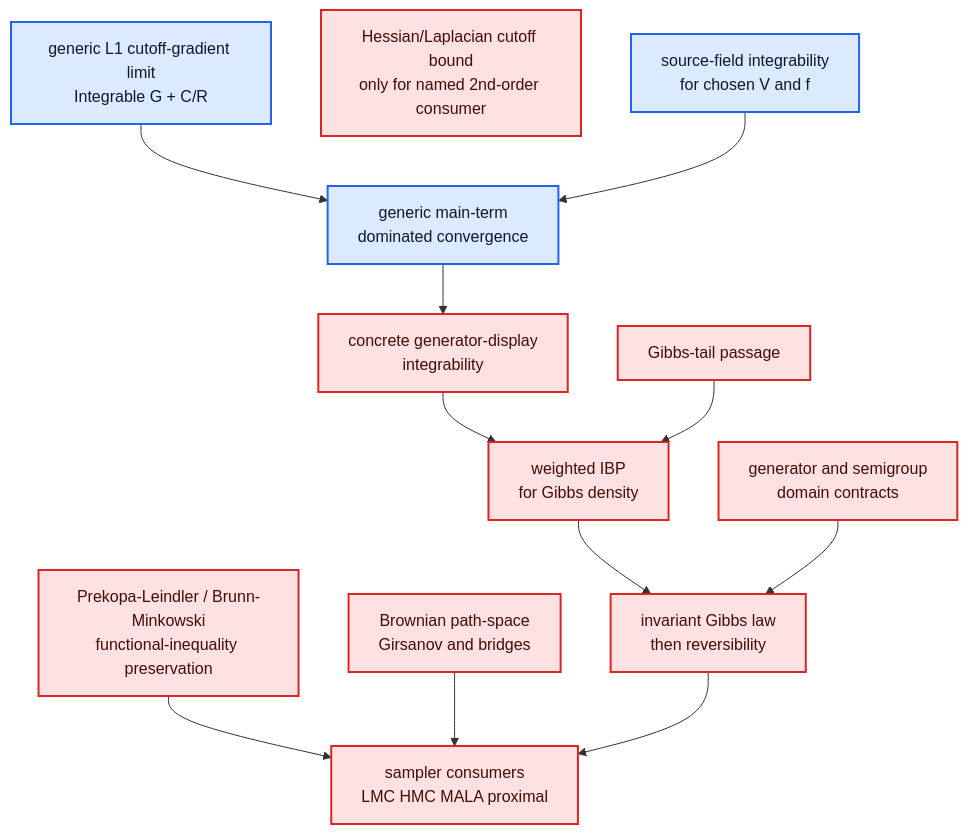
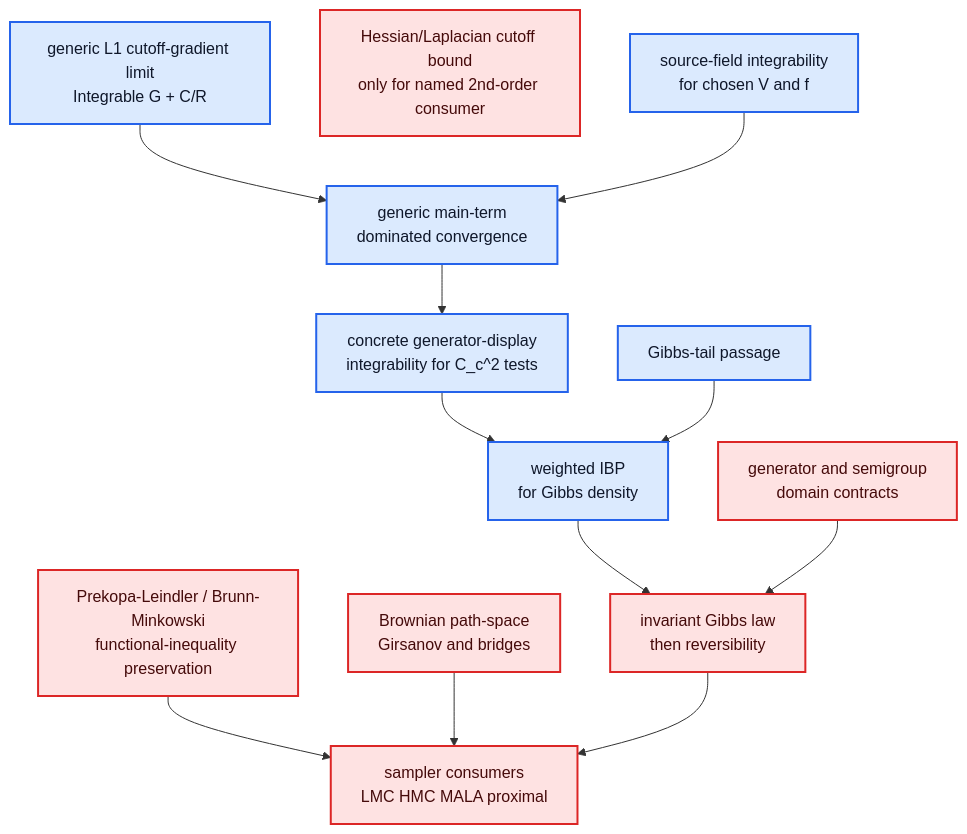
One commit to DakeBU/Auto-Sampling-Theory-In-Sleep changed diagram 12 of 13 in README.md. Above: the diagram before and after it, drawn with Mermaid. The commit also changed other lines of this file and 85 other files, not shown here.

````diff
--- a/README.md
+++ b/README.md
@@ -478,29 +478,29 @@
 ```mermaid
 flowchart TD
   R1[generic L1 cutoff-gradient limit<br/>Integrable G + C/R]:::blue
   R2[Hessian/Laplacian cutoff bound<br/>only for named 2nd-order consumer]:::red
   R3[source-field integrability<br/>for chosen V and f]:::blue
   R4[generic main-term<br/>dominated convergence]:::blue
-  R4A[concrete generator-display<br/>integrability]:::red
-  R4B[Gibbs-tail passage]:::red
-  R5[weighted IBP<br/>for Gibbs density]:::red
+  R4A[concrete generator-display<br/>integrability for C_c^2 tests]:::blue
+  R4B[Gibbs-tail passage]:::blue
+  R5[weighted IBP<br/>for Gibbs density]:::blue
   R6[generator and semigroup<br/>domain contracts]:::red
   R7[invariant Gibbs law<br/>then reversibility]:::red
   R8[Prekopa-Leindler / Brunn-Minkowski<br/>functional-inequality preservation]:::red
   R9[Brownian path-space<br/>Girsanov and bridges]:::red
   R10[sampler consumers<br/>LMC HMC MALA proximal]:::red
 
   R1 --> R4
   R3 --> R4
   R4 --> R4A --> R5
   R4B --> R5
   R5 --> R7
   R6 --> R7
   R8 --> R10
   R9 --> R10
 
   classDef blue fill:#dbeafe,stroke:#2563eb,color:#0f172a,stroke-width:2px;
   R7 --> R10
 
   classDef red fill:#fee2e2,stroke:#dc2626,color:#450a0a,stroke-width:2px;
 ```
````
